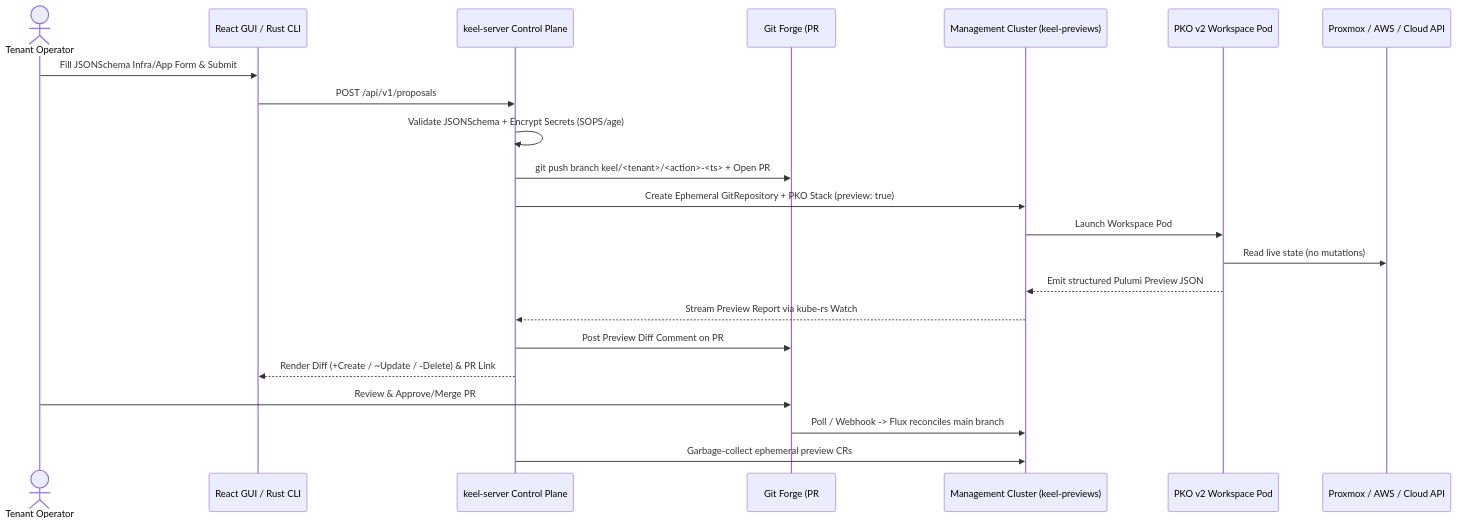
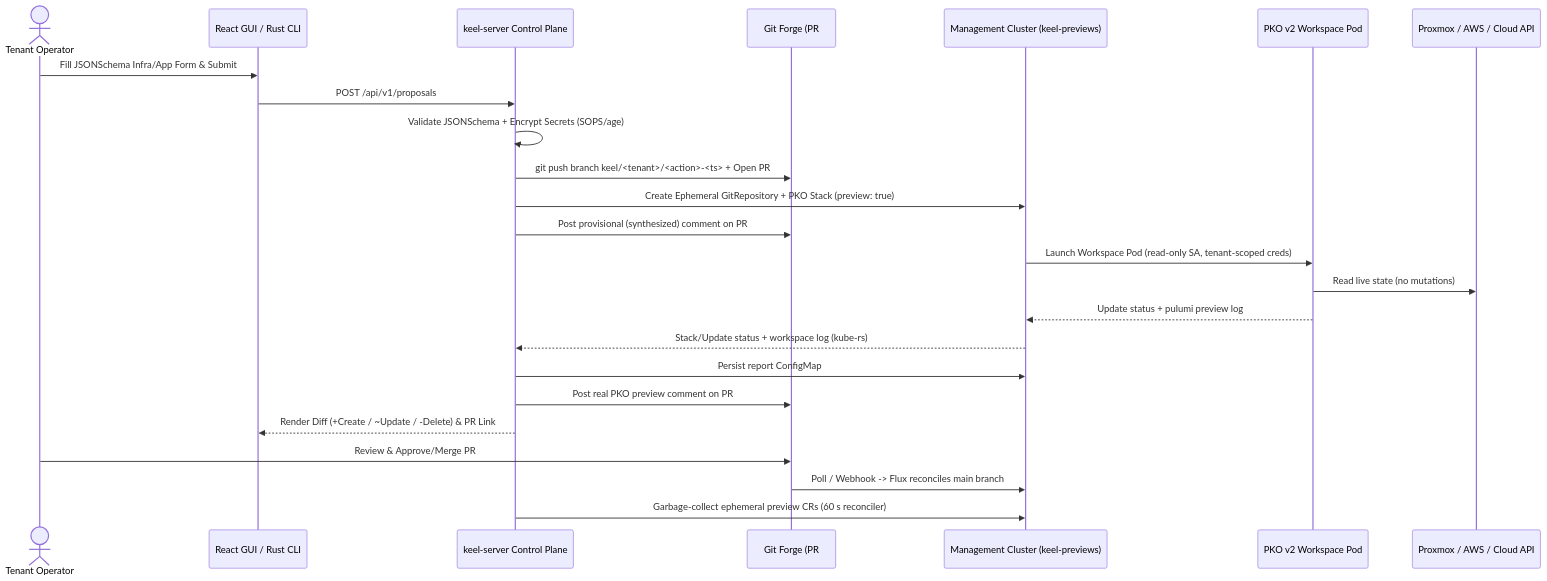
One commit to rdylanwalker/keel changed the third of 5 diagrams in SDD.md. Above: the diagram before and after it, drawn with Mermaid. The commit also changed other lines of this file and 19 other files, not shown here.

````diff
--- a/SDD.md
+++ b/SDD.md
@@ -221,25 +236,27 @@
 ```mermaid
 sequenceDiagram
     actor User as Tenant Operator
     participant UI as React GUI / Rust CLI
     participant API as keel-server Control Plane
     participant Git as Git Forge (PR #42)
     participant K8S as Management Cluster (keel-previews)
     participant PKO as PKO v2 Workspace Pod
     participant Cloud as Proxmox / AWS / Cloud API
 
     User->>UI: Fill JSONSchema Infra/App Form & Submit
     UI->>API: POST /api/v1/proposals
     API->>API: Validate JSONSchema + Encrypt Secrets (SOPS/age)
     API->>Git: git push branch keel/<tenant>/<action>-<ts> + Open PR #42
     API->>K8S: Create Ephemeral GitRepository + PKO Stack (preview: true)
-    K8S->>PKO: Launch Workspace Pod
+    API->>Git: Post provisional (synthesized) comment on PR #42
+    K8S->>PKO: Launch Workspace Pod (read-only SA, tenant-scoped creds)
     PKO->>Cloud: Read live state (no mutations)
-    PKO-->>K8S: Emit structured Pulumi Preview JSON
-    K8S-->>API: Stream Preview Report via kube-rs Watch
-    API->>Git: Post Preview Diff Comment on PR #42
+    PKO-->>K8S: Update status + pulumi preview log
+    K8S-->>API: Stack/Update status + workspace log (kube-rs)
+    API->>K8S: Persist report ConfigMap
+    API->>Git: Post real PKO preview comment on PR #42
     API-->>UI: Render Diff (+Create / ~Update / -Delete) & PR Link
     User->>Git: Review & Approve/Merge PR #42
     Git->>K8S: Poll / Webhook -> Flux reconciles main branch
-    API->>K8S: Garbage-collect ephemeral preview CRs
+    API->>K8S: Garbage-collect ephemeral preview CRs (60 s reconciler)
 ```
````
